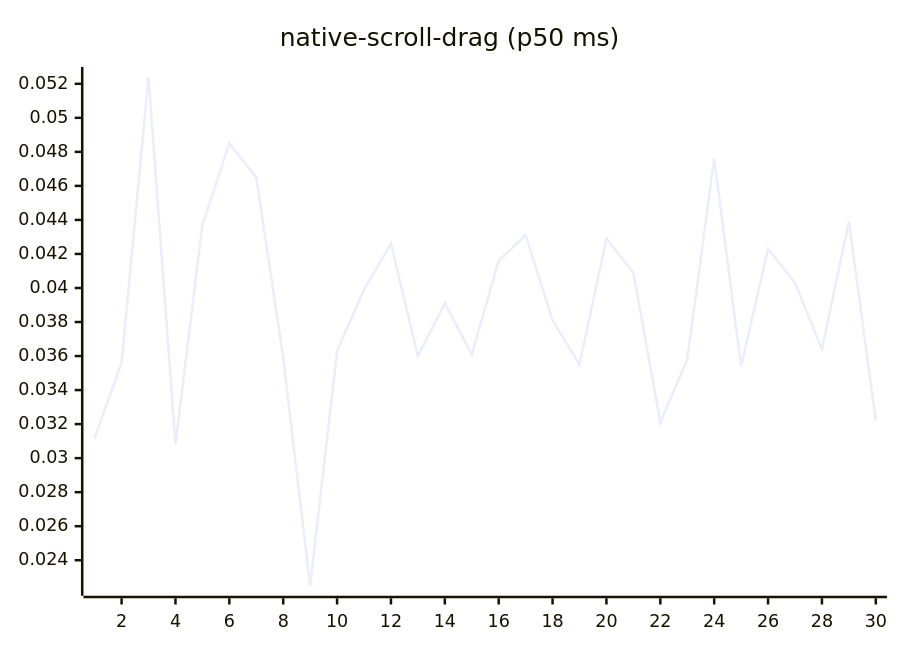
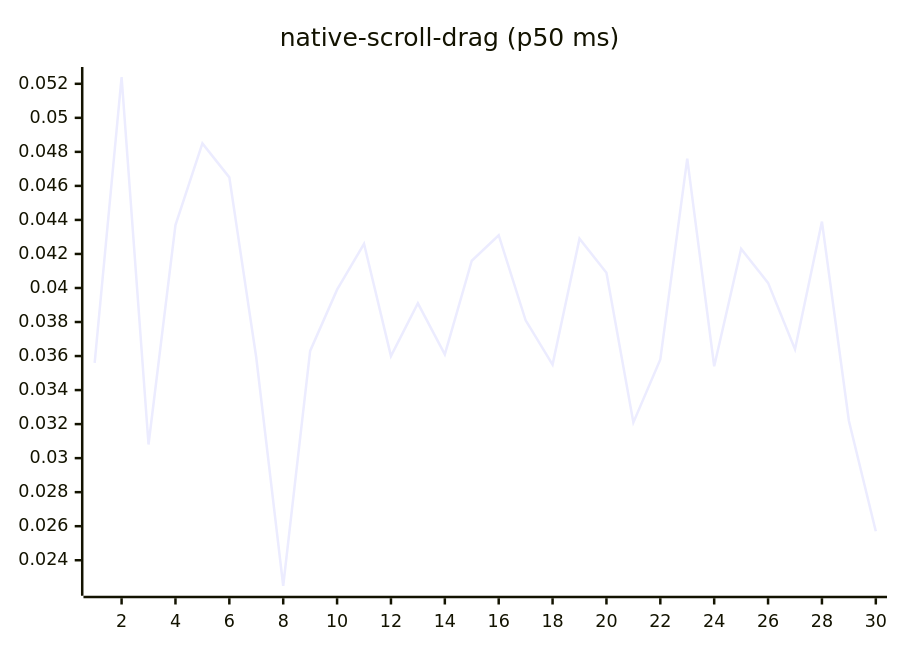
One commit to josha/Facet changed diagram 14 of 27 in README.md. Above: the diagram before and after it, drawn with Mermaid. The commit also changed other lines of this file and 2 other files, not shown here.

````diff
--- a/README.md
+++ b/README.md
@@ -154,6 +154,6 @@
 ```mermaid
 xychart-beta
     title "native-scroll-drag (p50 ms)"
     x-axis 1 --> 30
-    line [0.0312, 0.0356, 0.0524, 0.0308, 0.0437, 0.0485, 0.0465, 0.0359, 0.0225, 0.0363, 0.0399, 0.0426, 0.0360, 0.0391, 0.0361, 0.0416, 0.0431, 0.0381, 0.0355, 0.0429, 0.0409, 0.0321, 0.0358, 0.0476, 0.0354, 0.0423, 0.0403, 0.0364, 0.0439, 0.0322]
+    line [0.0356, 0.0524, 0.0308, 0.0437, 0.0485, 0.0465, 0.0359, 0.0225, 0.0363, 0.0399, 0.0426, 0.0360, 0.0391, 0.0361, 0.0416, 0.0431, 0.0381, 0.0355, 0.0429, 0.0409, 0.0321, 0.0358, 0.0476, 0.0354, 0.0423, 0.0403, 0.0364, 0.0439, 0.0322, 0.0257]
 ```
````
